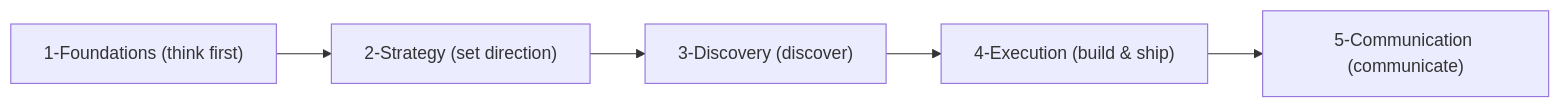
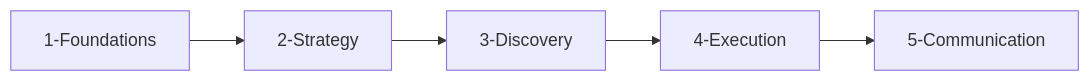
The second of 2 diagrams in docs/architecture.md (andreaskelm/pm-brain), drawn with Mermaid before and after one commit. The commit also changed other lines of this file and 16 other files, not shown here.

````diff
--- a/docs/architecture.md
+++ b/docs/architecture.md
@@ -233,10 +92,9 @@
 ```mermaid
 flowchart LR
-  F1["1-Foundations (think first)"]
-  F2["2-Strategy (set direction)"]
-  F3["3-Discovery (discover)"]
-  F4["4-Execution (build & ship)"]
-  F5["5-Communication (communicate)"]
-
+  F1["1-Foundations"]
+  F2["2-Strategy"]
+  F3["3-Discovery"]
+  F4["4-Execution"]
+  F5["5-Communication"]
   F1 --> F2 --> F3 --> F4 --> F5
 ```
````
